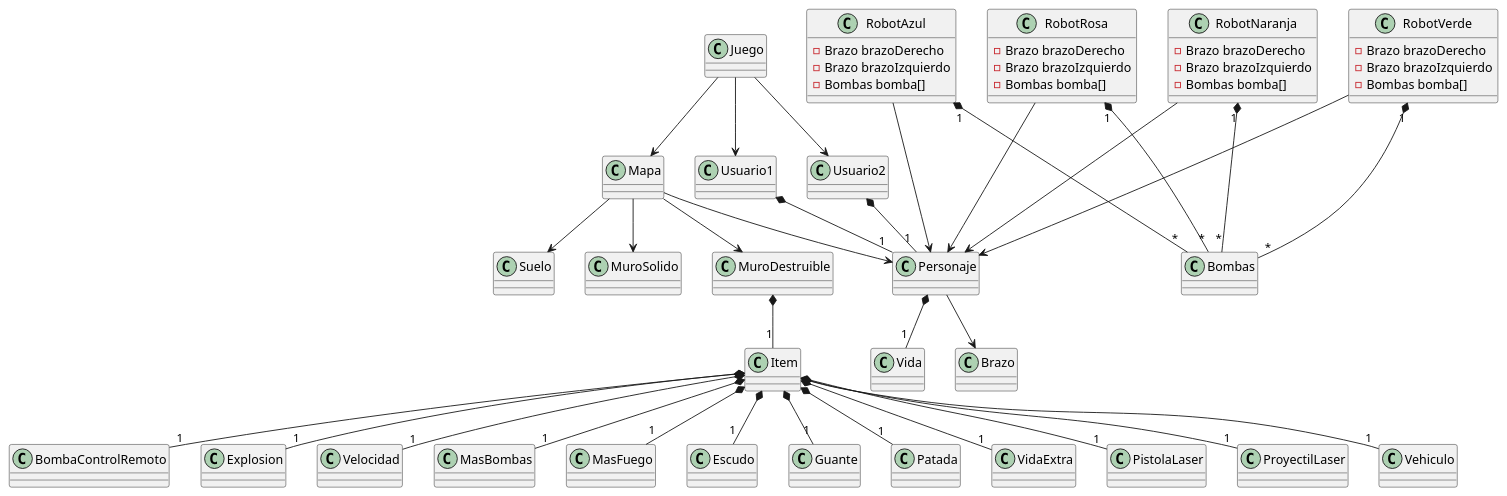
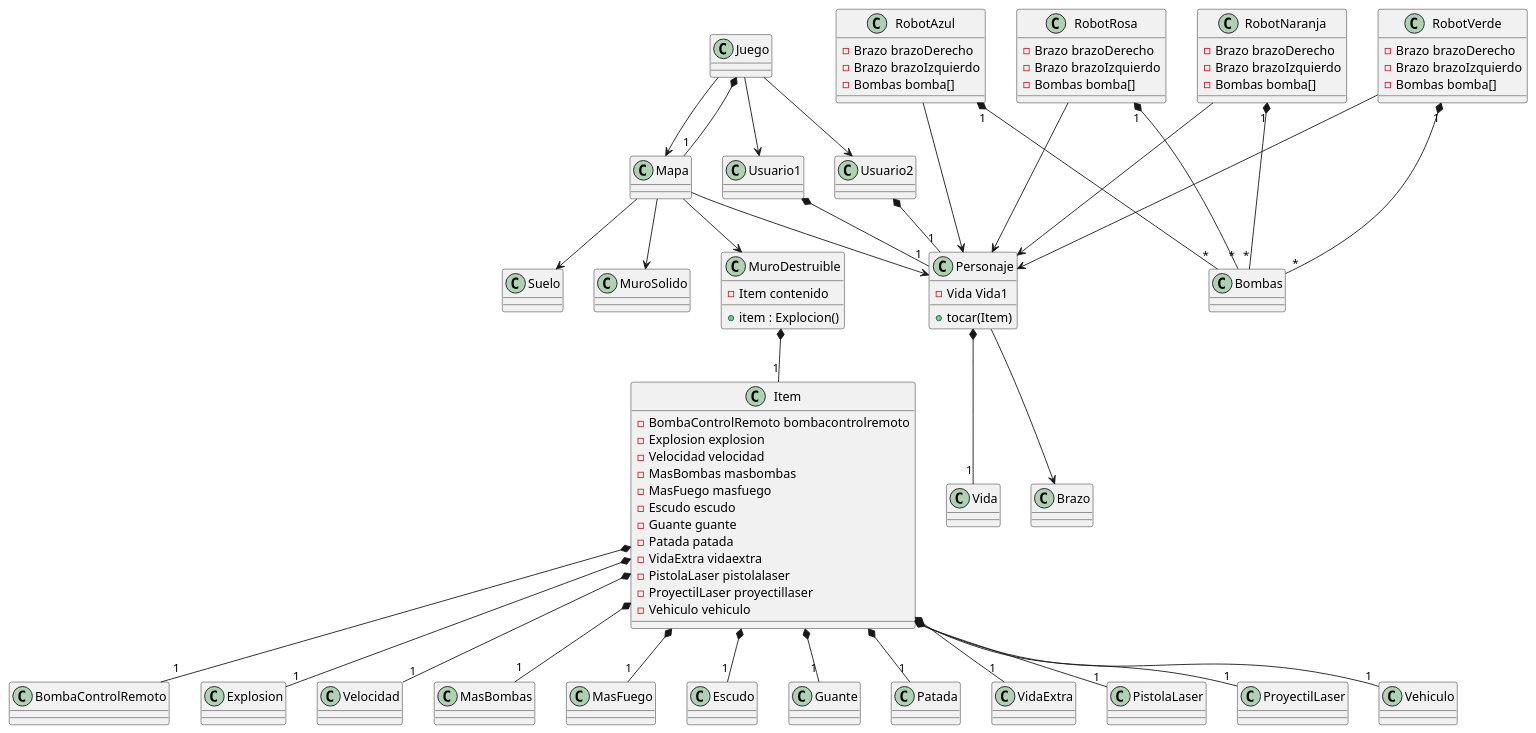
One commit to fernandoyaelsg/3E261 changed the diagram in Diagrma.puml. Above: the diagram before and after it, drawn with PlantUML.

Commit message:
Practica5

```diff
--- a/Diagrma.puml
+++ b/Diagrma.puml
@@ -1,97 +1,124 @@
 @startuml
 class Juego
 Class Brazo
 Class Usuario1
 class Usuario2
 class Mapa
 class RobotAzul
 class RobotRosa
 class RobotNaranja
 class RobotVerde
 class Bombas
 class BombaControlRemoto
 class Explosion
 class MuroSolido
 class MuroDestruible
 class Suelo
 class Velocidad
 class MasBombas
 class MasFuego
 class Escudo
 class Guante
 class Patada
 class VidaExtra
 class PistolaLaser
 class ProyectilLaser
 class Vehiculo
-class Vida
-class Item
+Class Vida
+
 class RobotAzul{
     - Brazo brazoDerecho
     - Brazo brazoIzquierdo
 }
 class RobotRosa{
     - Brazo brazoDerecho
     - Brazo brazoIzquierdo
 }
 class RobotNaranja{
     - Brazo brazoDerecho
     - Brazo brazoIzquierdo
 }
 class RobotVerde{
     - Brazo brazoDerecho
     - Brazo brazoIzquierdo
 }
 class RobotAzul{
     - Bombas bomba[]    
 }
 class RobotRosa{
     - Bombas bomba[]    
 }
 class RobotNaranja{
     - Bombas bomba[]    
 }
 class RobotVerde{
     - Bombas bomba[]    
 }
 
 Juego-->Mapa
 Mapa-->Personaje
 Juego-->Usuario1
 Juego-->Usuario2
 Mapa-->MuroDestruible
 Mapa-->MuroSolido
 Mapa-->Suelo
 Personaje--> Brazo
 
 RobotAzul--->Personaje
 RobotRosa--->Personaje
 RobotNaranja--->Personaje
 RobotVerde--->Personaje
 
 RobotAzul "1" *--- "*" Bombas
 RobotRosa "1" *--- "*" Bombas
 RobotNaranja "1" *--- "*" Bombas
 RobotVerde "1" *--- "*" Bombas
 
 Usuario1 *-- "1" Personaje
 Usuario2 *-- "1" Personaje
 
 Item *-- "1" BombaControlRemoto
 Item *-- "1" Explosion
 Item *-- "1" Velocidad
 Item *-- "1" MasBombas
 Item *-- "1" MasFuego
 Item *-- "1" Escudo
 Item *-- "1" Guante
 Item *-- "1" Patada
 Item *-- "1" VidaExtra
 Item *-- "1" PistolaLaser
 Item *-- "1" ProyectilLaser
 Item *-- "1" Vehiculo
 
 Personaje *-- "1" Vida
-
+Juego *-- "1" Mapa
 MuroDestruible *-- "1" Item
 
+class Personaje
+{
+    -Vida Vida1
+}
+class Item{
+-BombaControlRemoto bombacontrolremoto
+-Explosion explosion
+-Velocidad velocidad
+-MasBombas masbombas
+-MasFuego masfuego
+-Escudo escudo
+-Guante guante
+-Patada patada
+-VidaExtra vidaextra
+-PistolaLaser pistolalaser
+-ProyectilLaser proyectillaser
+-Vehiculo vehiculo
+}
+
+class Personaje{
+    +tocar(Item)
+}
+class MuroDestruible{
+    -Item contenido
+    +item : Explocion()
+
+}
 @enduml
```
